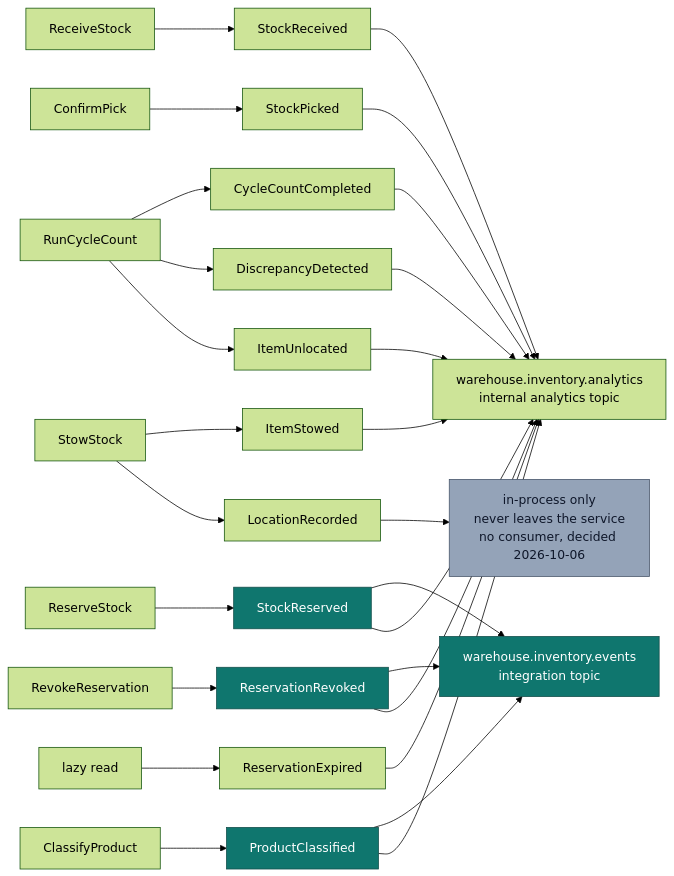
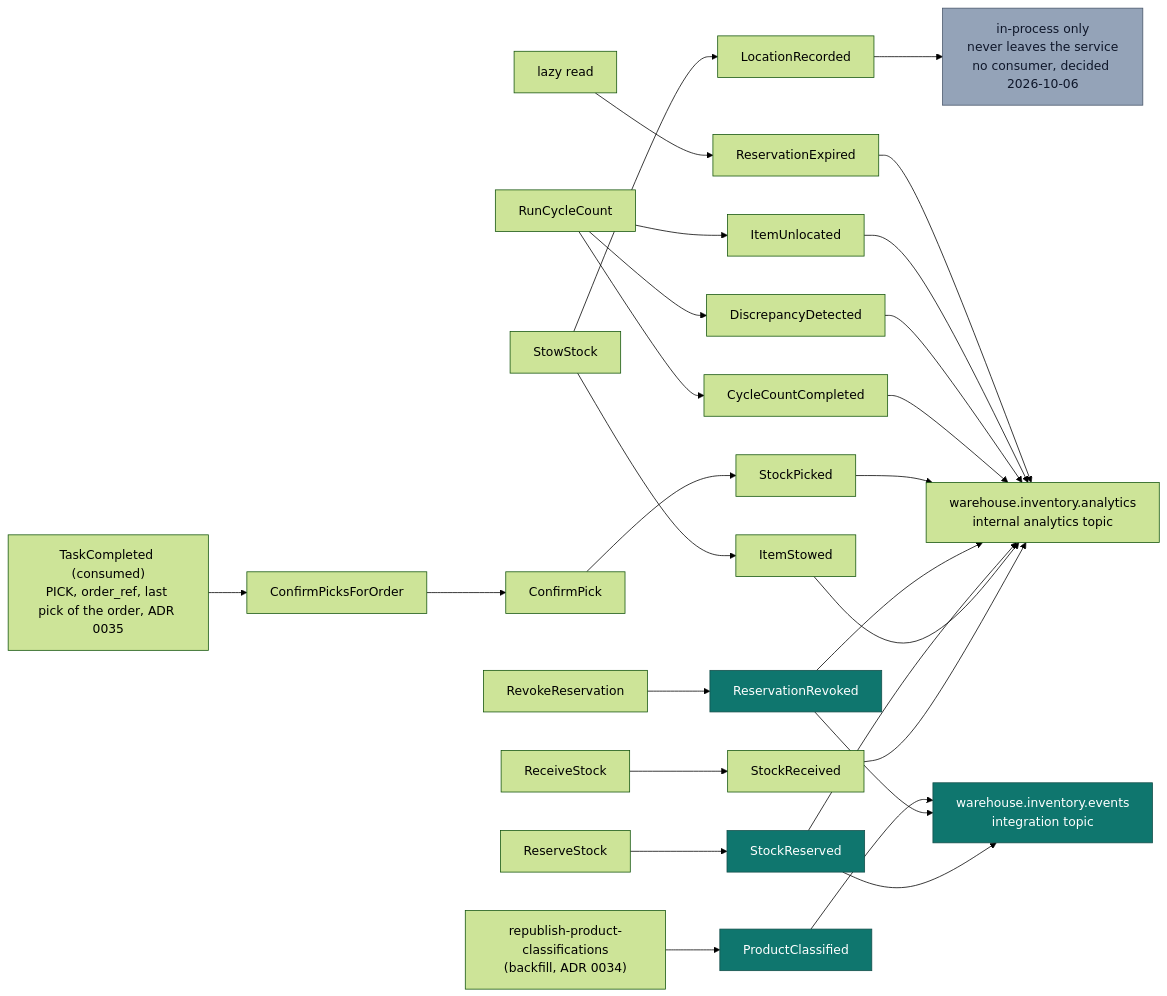
Before and after one commit to IQVO/warehouse-docs: the diagram in docs/contexts/inventory-storage/domain-events.md, drawn with Mermaid (forest theme). The commit also changed other lines of this file and 118 other files, not shown here.

First line of the commit message:
docs: confirm-pick is built; resync specs and pages; regenerate references (#30)

````diff
--- a/docs/contexts/inventory-storage/domain-events.md
+++ b/docs/contexts/inventory-storage/domain-events.md
@@ -49,23 +49,24 @@
 ```mermaid
 flowchart LR
   RS["ReceiveStock"] --> E1["StockReceived"]
   SS["StowStock"] --> E2["ItemStowed"]
   SS --> E3["LocationRecorded"]
   RES["ReserveStock"] --> E4["StockReserved"]
   REV["RevokeReservation"] --> E5["ReservationRevoked"]
   CP["ConfirmPick"] --> E6["StockPicked"]
+  TC["TaskCompleted (consumed)<br/>PICK, order_ref, last pick of the order, ADR 0035"] --> CPO["ConfirmPicksForOrder"] --> CP
   CC["RunCycleCount"] --> E7["CycleCountCompleted"]
   CC --> E8["DiscrepancyDetected"]
   CC --> E9["ItemUnlocated"]
   EXP["lazy read"] --> E10["ReservationExpired"]
-  CLS["ClassifyProduct"] --> E11["ProductClassified"]
+  BF["republish-product-classifications<br/>(backfill, ADR 0034)"] --> E11["ProductClassified"]
 
   E4 & E5 & E11 --> KAF["warehouse.inventory.events<br/>integration topic"]
-  E1 & E2 & E4 & E5 & E6 & E7 & E8 & E9 & E10 & E11 --> ANA["warehouse.inventory.analytics<br/>internal analytics topic"]
+  E1 & E2 & E4 & E5 & E6 & E7 & E8 & E9 & E10 --> ANA["warehouse.inventory.analytics<br/>internal analytics topic"]
   E3 --> LOG["in-process only<br/>never leaves the service<br/>no consumer, decided 2026-10-06"]
 
   classDef wired fill:#0f766e,stroke:#134e4a,color:#fff;
   classDef local fill:#94a3b8,stroke:#475569,color:#0f172a;
   class E4,E5,E11,KAF wired;
   class LOG local;
 ```
````
